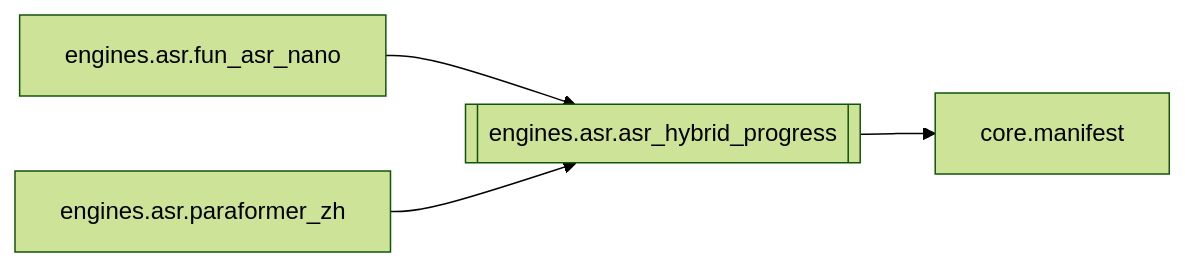
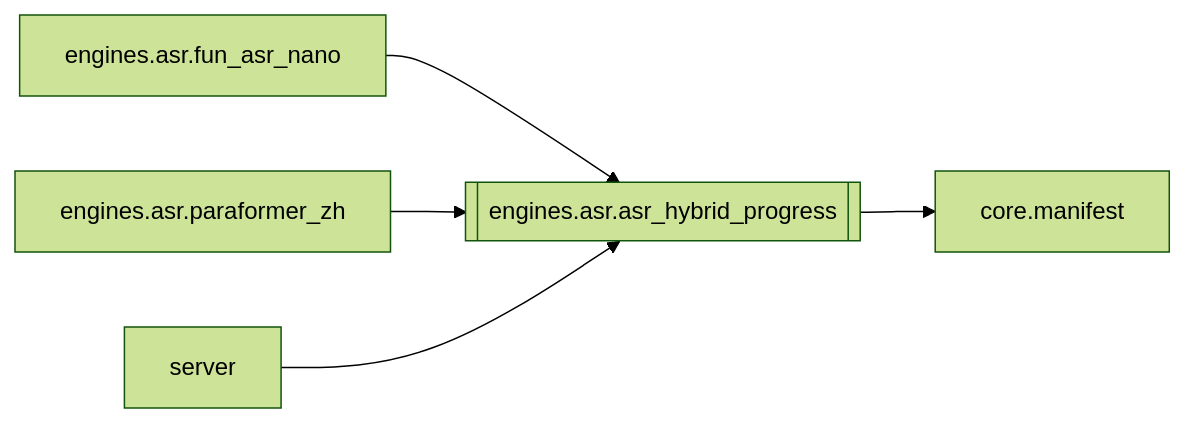
One commit to kjza178/PinelineV5 changed the diagram in docs/brain/modules/engines.asr.asr_hybrid_progress.md. Above: the diagram before and after it, drawn with Mermaid (forest theme). The commit also changed other lines of this file and 227 other files, not shown here.

````diff
--- a/docs/brain/modules/engines.asr.asr_hybrid_progress.md
+++ b/docs/brain/modules/engines.asr.asr_hybrid_progress.md
@@ -16,7 +16,8 @@
 ```mermaid
 flowchart LR
   engines_asr_asr_hybrid_progress[[engines.asr.asr_hybrid_progress]]
   engines_asr_fun_asr_nano[engines.asr.fun_asr_nano] --> engines_asr_asr_hybrid_progress
   engines_asr_paraformer_zh[engines.asr.paraformer_zh] --> engines_asr_asr_hybrid_progress
+  server[server] --> engines_asr_asr_hybrid_progress
   engines_asr_asr_hybrid_progress --> core_manifest[core.manifest]
 ```
````
